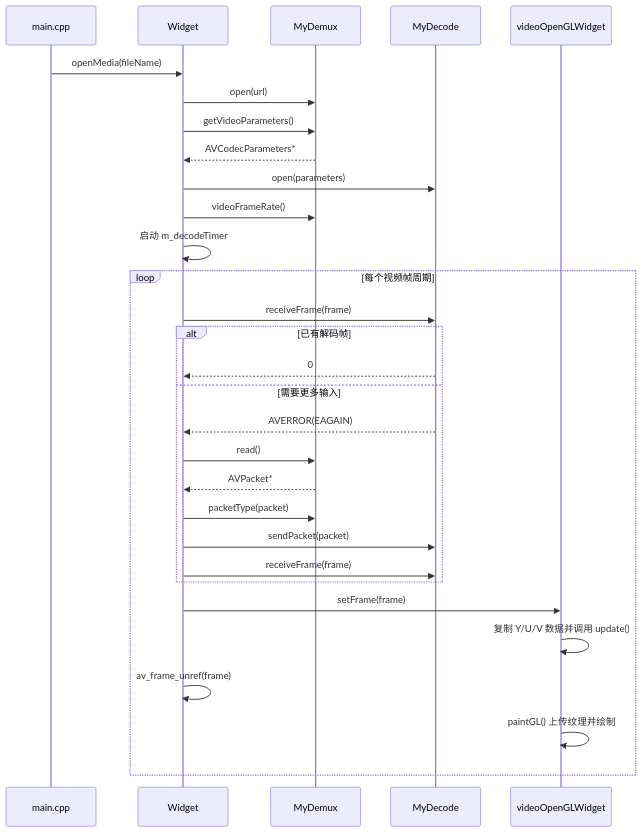
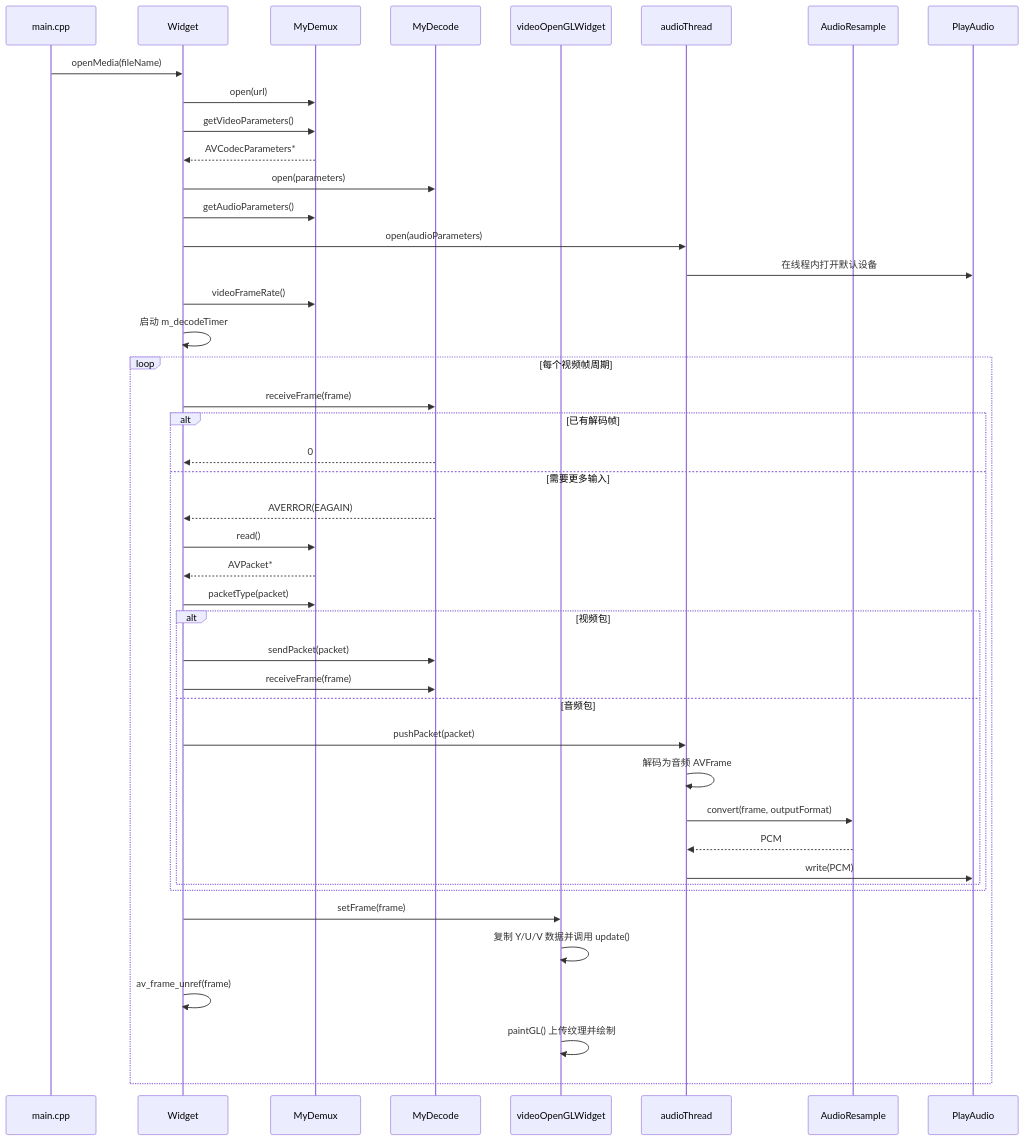
The second of 2 diagrams in DEVELOPMENT.md (lalalaaha12138-pixel/lsf), drawn with Mermaid before and after one commit. The commit also changed other lines of this file and 11 other files, not shown here.

````diff
--- a/DEVELOPMENT.md
+++ b/DEVELOPMENT.md
@@ -101,34 +134,48 @@
 ```mermaid
 sequenceDiagram
     participant Main as main.cpp
     participant Player as Widget
     participant Demux as MyDemux
     participant Decoder as MyDecode
     participant Renderer as videoOpenGLWidget
+    participant AudioThread as audioThread
+    participant Resample as AudioResample
+    participant Audio as PlayAudio
 
     Main->>Player: openMedia(fileName)
     Player->>Demux: open(url)
     Player->>Demux: getVideoParameters()
     Demux-->>Player: AVCodecParameters*
     Player->>Decoder: open(parameters)
+    Player->>Demux: getAudioParameters()
+    Player->>AudioThread: open(audioParameters)
+    AudioThread->>Audio: 在线程内打开默认设备
     Player->>Demux: videoFrameRate()
     Player->>Player: 启动 m_decodeTimer
 
     loop 每个视频帧周期
         Player->>Decoder: receiveFrame(frame)
         alt 已有解码帧
             Decoder-->>Player: 0
         else 需要更多输入
             Decoder-->>Player: AVERROR(EAGAIN)
             Player->>Demux: read()
             Demux-->>Player: AVPacket*
             Player->>Demux: packetType(packet)
-            Player->>Decoder: sendPacket(packet)
-            Player->>Decoder: receiveFrame(frame)
+            alt 视频包
+                Player->>Decoder: sendPacket(packet)
+                Player->>Decoder: receiveFrame(frame)
+            else 音频包
+                Player->>AudioThread: pushPacket(packet)
+                AudioThread->>AudioThread: 解码为音频 AVFrame
+                AudioThread->>Resample: convert(frame, outputFormat)
+                Resample-->>AudioThread: PCM
+                AudioThread->>Audio: write(PCM)
+            end
         end
         Player->>Renderer: setFrame(frame)
         Renderer->>Renderer: 复制 Y/U/V 数据并调用 update()
         Player->>Player: av_frame_unref(frame)
         Renderer->>Renderer: paintGL() 上传纹理并绘制
     end
 ```
````
